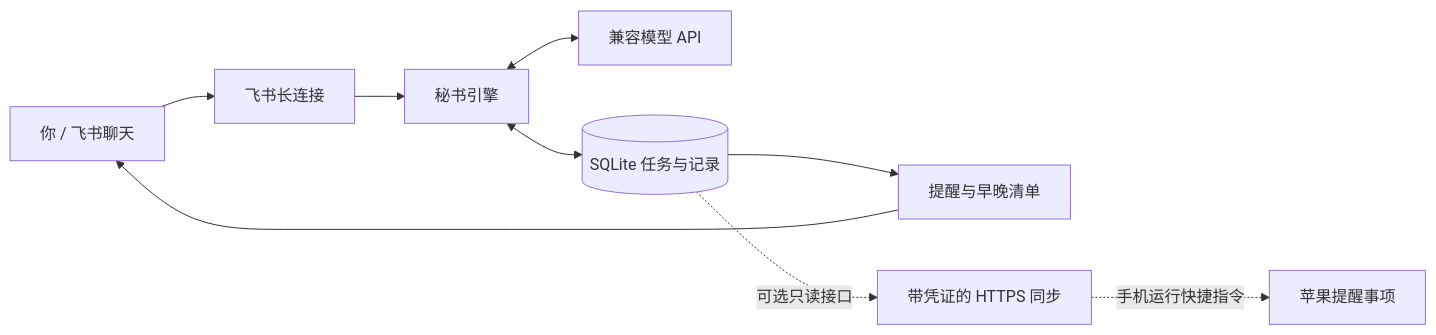
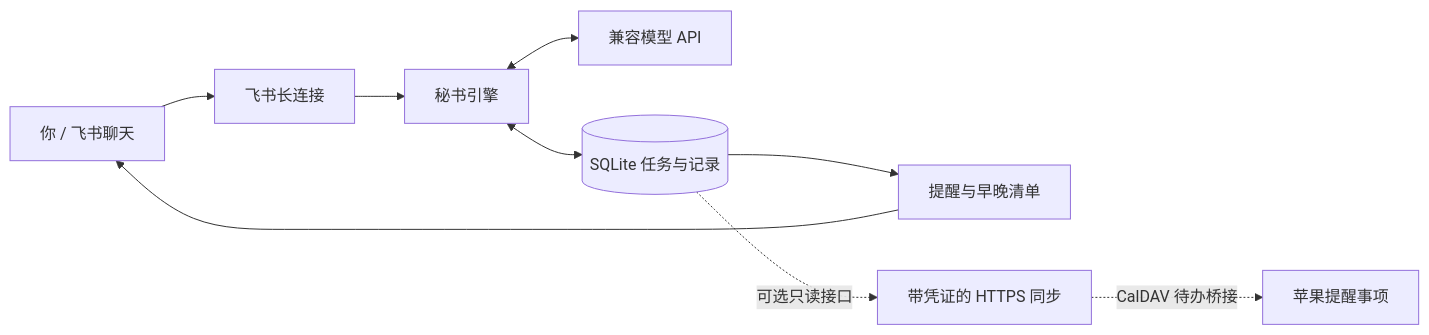
Before and after one commit to Markliwithcan/Personal-life-secretary: the first of 2 diagrams in README.md, drawn with Mermaid. The commit also changed other lines of this file and 8 other files, not shown here.

Commit message:
Add one-way CalDAV sync for Apple Reminders

````diff
--- a/README.md
+++ b/README.md
@@ -47,11 +47,11 @@
 ```mermaid
 flowchart LR
     U[你 / 飞书聊天] --> F[飞书长连接]
     F --> E[秘书引擎]
     E <--> M[兼容模型 API]
     E <--> D[(SQLite 任务与记录)]
     D --> S[提醒与早晚清单]
     S --> U
     D -. 可选只读接口 .-> A[带凭证的 HTTPS 同步]
-    A -. 手机运行快捷指令 .-> R[苹果提醒事项]
+    A -. CalDAV 待办桥接 .-> R[苹果提醒事项]
 ```
````
